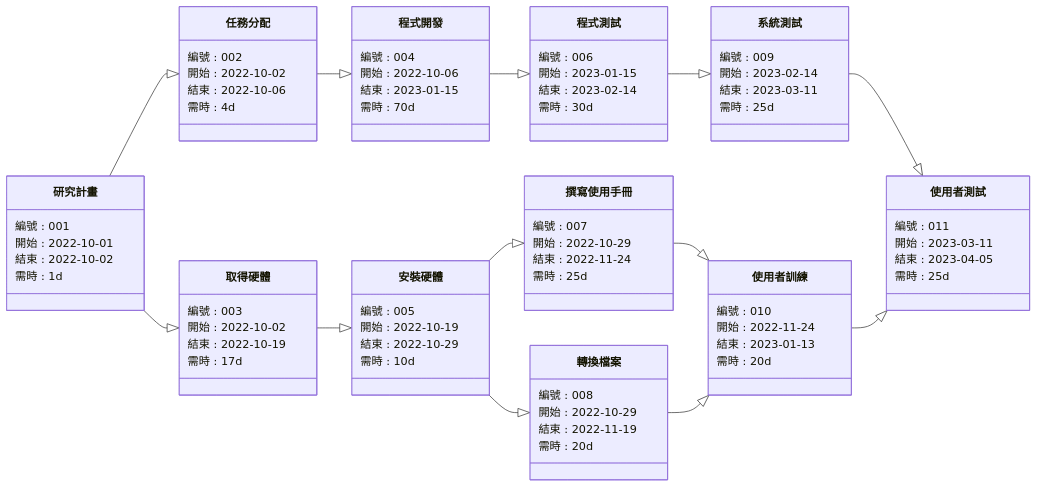
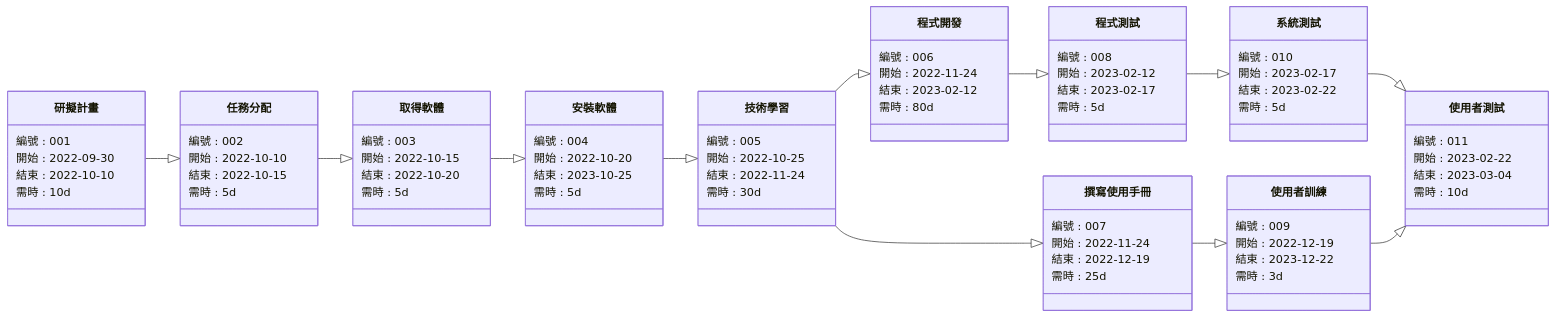
One commit to David74091/-systemAnalizeDesign changed the second of 3 diagrams in Group13/group13.md. Above: the diagram before and after it, drawn with Mermaid. The commit also changed other lines of this file, not shown here.

````diff
--- a/Group13/group13.md
+++ b/Group13/group13.md
@@ -80,83 +80,83 @@
   direction LR
 
   
-  class 研究計畫 {
+  class 研擬計畫 {
     編號 : 001
-    開始 : 2022-10-01
-    結束 : 2022-10-02
-    需時 : 1d
+    開始 : 2022-09-30
+    結束 : 2022-10-10
+    需時 : 10d
   }
   class 任務分配{
     編號 : 002
-    開始 : 2022-10-02
-    結束 : 2022-10-06
-    需時 : 4d
+    開始 : 2022-10-10
+    結束 : 2022-10-15
+    需時 : 5d
   }
-  class 取得硬體{
+  class 取得軟體{
     編號 : 003
-    開始 : 2022-10-02
-    結束 : 2022-10-19
-    需時 : 17d
+    開始 : 2022-10-15
+    結束 : 2022-10-20
+    需時 : 5d
+  }
+  class 安裝軟體{
+    編號 : 004
+    開始 : 2022-10-20
+    結束 : 2023-10-25
+    需時 : 5d
+  }
+  class 技術學習{
+    編號 : 005
+    開始 : 2022-10-25
+    結束 : 2022-11-24
+    需時 : 30d
   }
   class 程式開發{
-    編號 : 004
-    開始 : 2022-10-06
-    結束 : 2023-01-15
-    需時 : 70d
-  }
-  class 安裝硬體{
-    編號 : 005
-    開始 : 2022-10-19
-    結束 : 2022-10-29
-    需時 : 10d
-  }
-  class 程式測試{
     編號 : 006
-    開始 : 2023-01-15
-    結束 : 2023-02-14
-    需時 : 30d
+    開始 : 2022-11-24
+    結束 : 2023-02-12
+    需時 : 80d
   }
   class 撰寫使用手冊{
     編號 : 007
-    開始 : 2022-10-29
-    結束 : 2022-11-24
+    開始 : 2022-11-24
+    結束 : 2022-12-19
     需時 : 25d
   }
-  class 轉換檔案{
+  class 程式測試{
     編號 : 008
-    開始 : 2022-10-29
-    結束 : 2022-11-19
-    需時 : 20d
+    開始 : 2023-02-12
+    結束 : 2023-02-17
+    需時 : 5d
+  }
+  class 使用者訓練{
+    編號 : 009
+    開始 : 2022-12-19
+    結束 : 2023-12-22
+    需時 : 3d
   }
   class 系統測試{
-    編號 : 009
-    開始 : 2023-02-14
-    結束 : 2023-03-11
-    需時 : 25d
-  }
-  class 使用者訓練{
     編號 : 010
-    開始 : 2022-11-24
-    結束 : 2023-01-13
-    需時 : 20d
+    開始 : 2023-02-17
+    結束 : 2023-02-22
+    需時 : 5d
   }
   class 使用者測試{
     編號 : 011
-    開始 : 2023-03-11
-    結束 : 2023-04-05
-    需時 : 25d
+    開始 : 2023-02-22
+    結束 : 2023-03-04
+    需時 : 10d
   }
   
-  研究計畫 --|> 任務分配 
-  研究計畫 --|> 取得硬體 
-  任務分配 --|> 程式開發
-  取得硬體 --|> 安裝硬體
+  
+  研擬計畫 --|> 任務分配 
+  任務分配 --|> 取得軟體
+  取得軟體 --|> 安裝軟體
+  安裝軟體 --|> 技術學習
+  技術學習 --|> 程式開發
+  技術學習 --|> 撰寫使用手冊
   程式開發 --|> 程式測試
-  安裝硬體 --|> 撰寫使用手冊
-  安裝硬體 --|> 轉換檔案
+  撰寫使用手冊 --|> 使用者訓練
   程式測試 --|> 系統測試
-  撰寫使用手冊 --|> 使用者訓練
-  轉換檔案 --|> 使用者訓練
   系統測試 --|> 使用者測試
   使用者訓練 --|> 使用者測試
 ```
````
